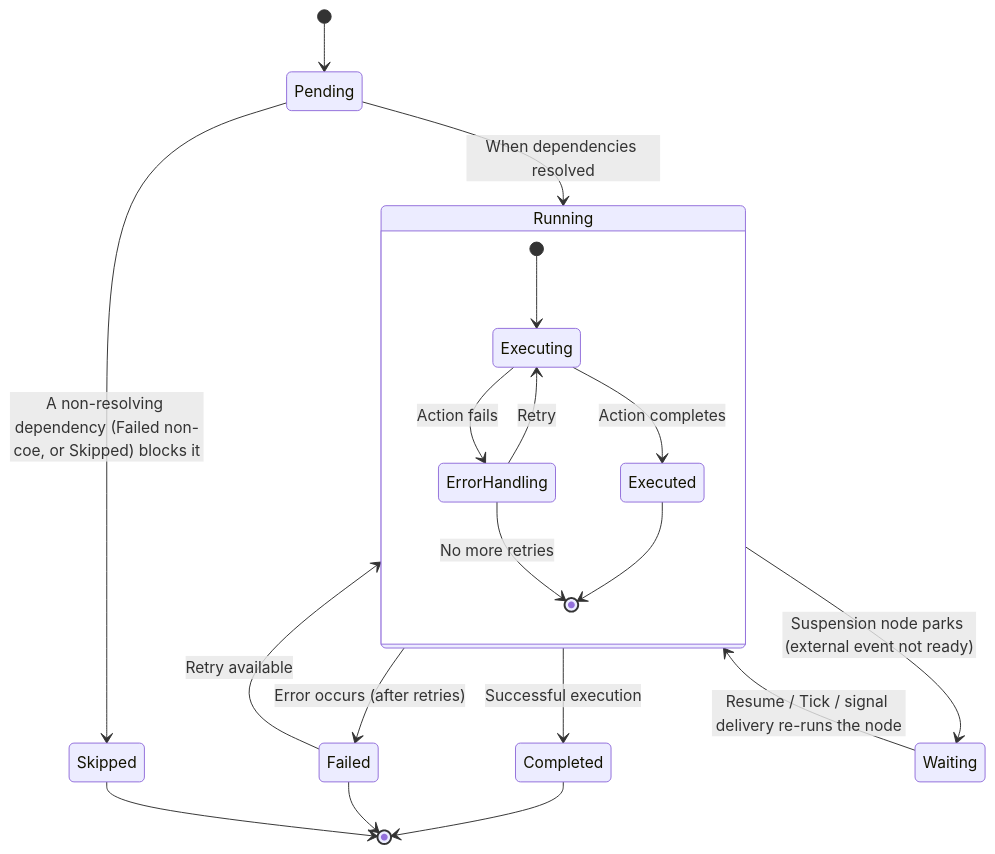
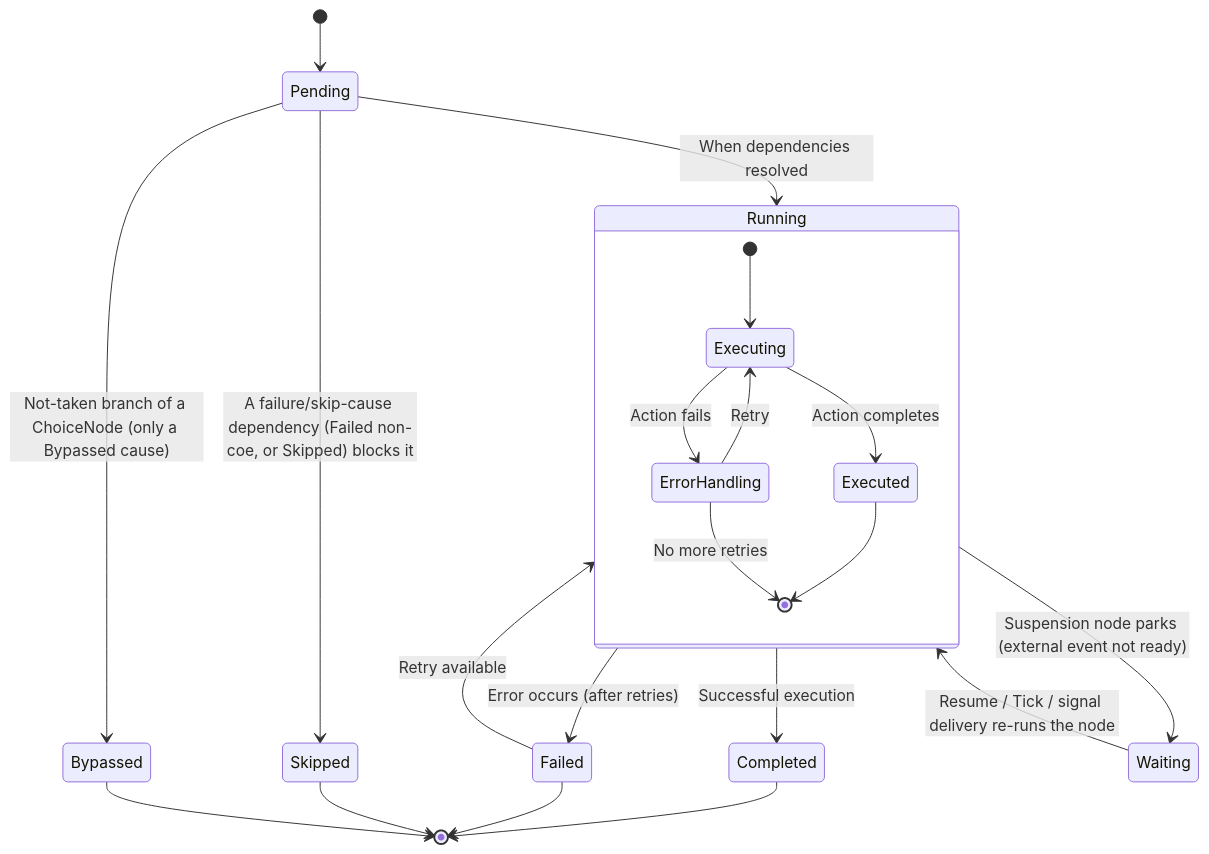
Before and after one commit to ppcavalcante/flow-orchestrator: the first of 2 diagrams in docs/architecture/dag-execution.md, drawn with Mermaid. The commit also changed other lines of this file and 45 other files, not shown here.

First line of the commit message:
release(M11): v0.11.0-alpha — Conditional Branching (ChoiceNode + OR-join)

````diff
--- a/docs/architecture/dag-execution.md
+++ b/docs/architecture/dag-execution.md
@@ -60,24 +60,26 @@
 ```mermaid
 stateDiagram-v2
     [*] --> Pending
     Pending --> Running: When dependencies resolved
-    Pending --> Skipped: A non-resolving dependency (Failed non-coe, or Skipped) blocks it
+    Pending --> Skipped: A failure/skip-cause dependency (Failed non-coe, or Skipped) blocks it
+    Pending --> Bypassed: Not-taken branch of a ChoiceNode (only a Bypassed cause)
     Running --> Completed: Successful execution
     Running --> Failed: Error occurs (after retries)
     Failed --> Running: Retry available
     Running --> Waiting: Suspension node parks (external event not ready)
     Waiting --> Running: Resume / Tick / signal delivery re-runs the node
 
     Completed --> [*]
     Failed --> [*]
     Skipped --> [*]
+    Bypassed --> [*]
 
     state Running {
         [*] --> Executing
         Executing --> Executed: Action completes
         Executing --> ErrorHandling: Action fails
         ErrorHandling --> Executing: Retry
         ErrorHandling --> [*]: No more retries
         Executed --> [*]
     }
 ```
````
